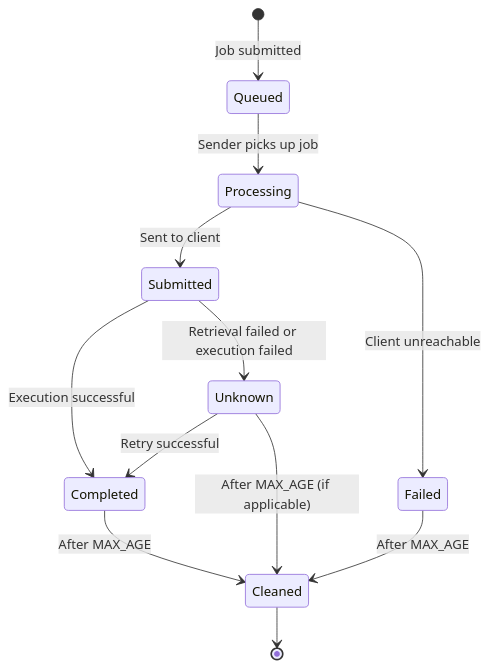
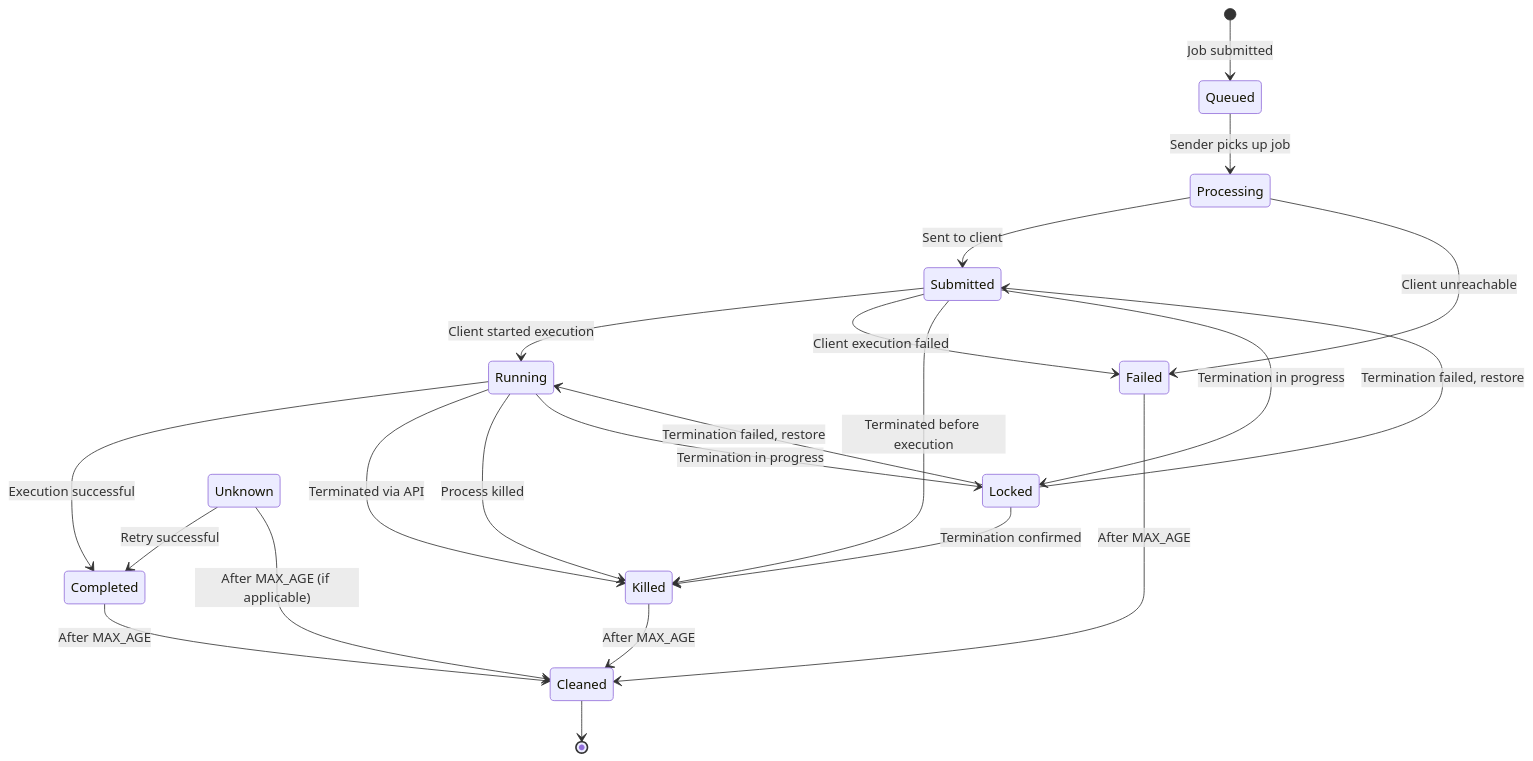
One commit to rvhonorato/job-orchestrator changed the second of 2 diagrams in docs/src/architecture/job-lifecycle.md. Above: the diagram before and after it, drawn with Mermaid. The commit also changed other lines of this file and 17 other files, not shown here.

````diff
--- a/docs/src/architecture/job-lifecycle.md
+++ b/docs/src/architecture/job-lifecycle.md
@@ -45,19 +55,31 @@
 ```mermaid
 stateDiagram-v2
     [*] --> Queued: Job submitted
 
     Queued --> Processing: Sender picks up job
     Processing --> Submitted: Sent to client
     Processing --> Failed: Client unreachable
 
-    Submitted --> Completed: Execution successful
-    Submitted --> Unknown: Retrieval failed or execution failed
+    Submitted --> Running: Client started execution
+    Submitted --> Failed: Client execution failed
+    Running --> Completed: Execution successful
+    Running --> Killed: Terminated via API
+
+    Submitted --> Killed: Terminated before execution
+    Running --> Killed: Process killed
+
+    Submitted --> Locked: Termination in progress
+    Running --> Locked: Termination in progress
+    Locked --> Killed: Termination confirmed
+    Locked --> Submitted: Termination failed, restore
+    Locked --> Running: Termination failed, restore
 
     Unknown --> Completed: Retry successful
 
     Completed --> Cleaned: After MAX_AGE
     Failed --> Cleaned: After MAX_AGE
+    Killed --> Cleaned: After MAX_AGE
     Unknown --> Cleaned: After MAX_AGE (if applicable)
 
     Cleaned --> [*]
 ```
````
